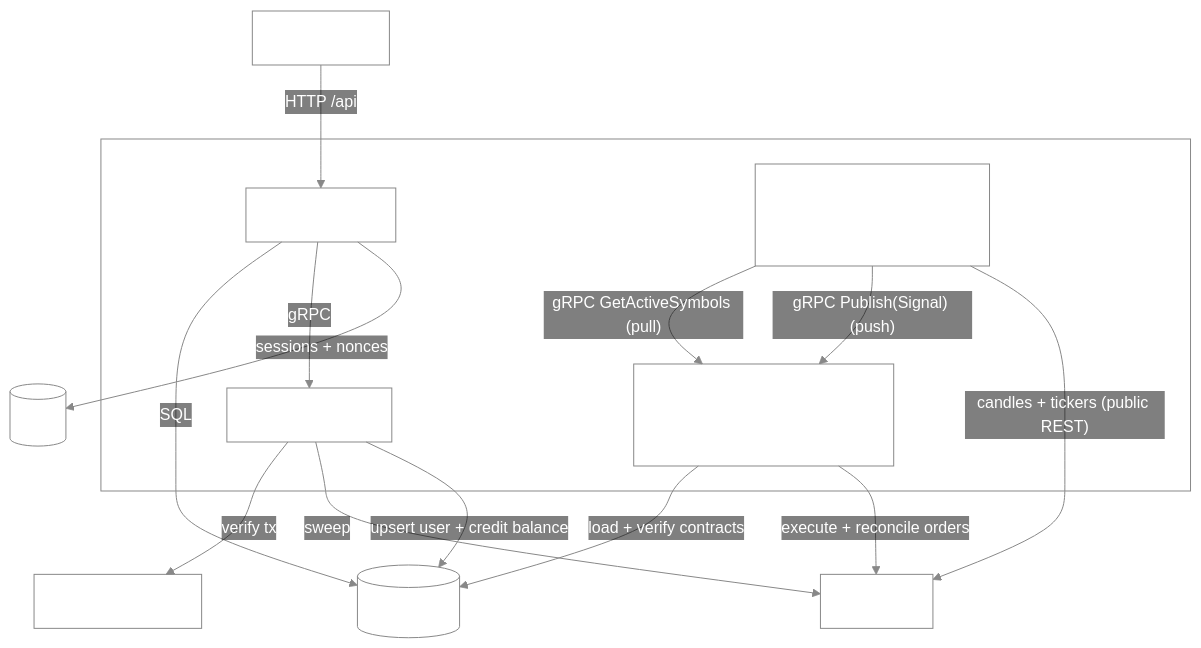
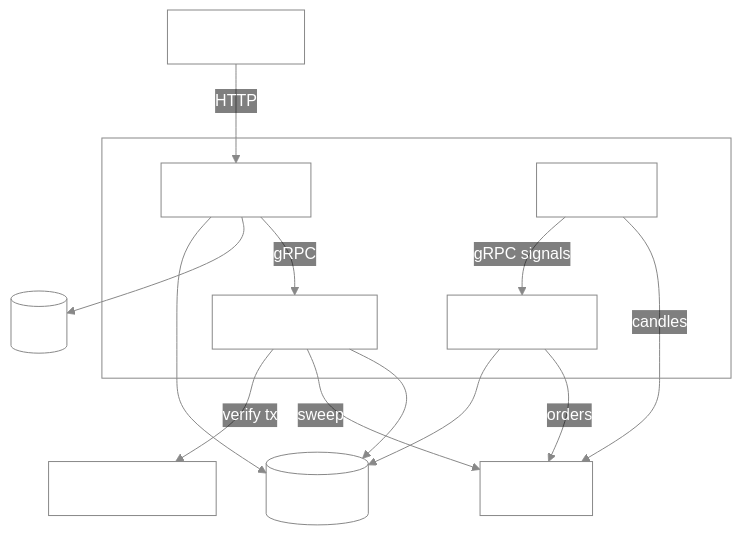
The diagram in README.md (N-Choo/CoinBot.v3), drawn with Mermaid before and after one commit. The commit also changed other lines of this file, not shown here.

````diff
--- a/README.md
+++ b/README.md
@@ -29,37 +24,33 @@
 ```mermaid
 %%{init: {"theme":"base","themeVariables":{"clusterBkg":"transparent","clusterBorder":"#888","lineColor":"#888","primaryTextColor":"#fff","tertiaryTextColor":"#fff","edgeLabelBackground":"transparent"}}}%%
 flowchart TB
     classDef plain fill:transparent,stroke:#888,color:#fff;
 
     UI["React SPA"]
 
     subgraph rust["Rust services"]
         GW["api_gateway"]
         DW["deposit-worker"]
-        TE["trade-engine<br/>(gRPC server: EngineService)"]
-        SA["analyzer<br/>(RSI divergence)<br/>[ Closed - not profitable ]"]
+        TE["trade-engine"]
+        SA["analyzer"]
     end
 
     DB[("PostgreSQL")]
     RD[("Redis")]
     ETH["Ethereum RPC"]
     KC["KuCoin"]
 
-    UI -->|"HTTP /api"| GW
-    GW -->|"SQL"| DB
+    UI -->|"HTTP"| GW
+    GW --> DB
+    GW --> RD
     GW -->|"gRPC"| DW
     DW -->|"verify tx"| ETH
     DW -->|"sweep"| KC
-    DW -->|"upsert user + credit balance"| DB
-
-    SA -->|"gRPC GetActiveSymbols (pull)"| TE
-    SA -->|"gRPC Publish(Signal) (push)"| TE
-    SA -->|"candles + tickers (public REST)"| KC
-
-    GW -->|"sessions + nonces"| RD
-
-    TE -->|"load + verify contracts"| DB
-    TE -->|"execute + reconcile orders"| KC
+    DW --> DB
+    SA -->|"gRPC signals"| TE
+    SA -->|"candles"| KC
+    TE --> DB
+    TE -->|"orders"| KC
 
     class UI,GW,DW,TE,SA,DB,RD,ETH,KC plain;
 ```
````
